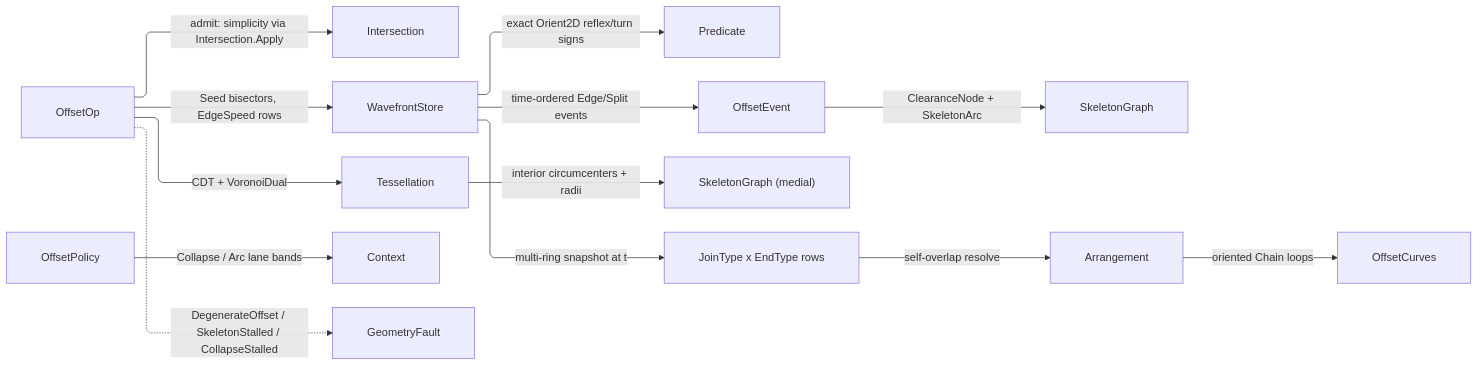
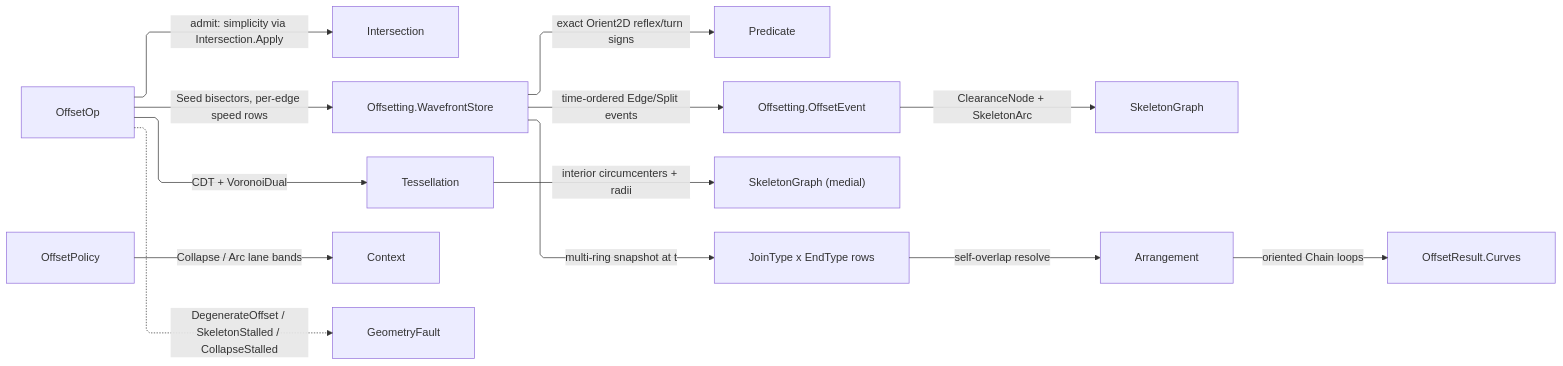
The diagram in libs/dotnet/Rasm/.planning/Meshing/offset.md (bsamiee/Rasm), drawn with Mermaid before and after one commit. The commit also changed other lines of this file and 55 other files, not shown here.

````diff
--- a/libs/dotnet/Rasm/.planning/Meshing/offset.md
+++ b/libs/dotnet/Rasm/.planning/Meshing/offset.md
@@ -684,24 +684,24 @@
 ```mermaid
 ---
 config:
   layout: elk
   flowchart:
     curve: linear
     padding: 25
 ---
 flowchart LR
     accTitle: Offset wavefront flow
     accDescr: Rings flow through admission, the wavefront event queue, and join and cap generators into offset curves, skeleton, medial, and clearance results.
     OffsetOp -->|admit: simplicity via Intersection.Apply| Intersection
-    OffsetOp -->|Seed bisectors, EdgeSpeed rows| WavefrontStore
-    WavefrontStore -->|exact Orient2D reflex/turn signs| Predicate
-    WavefrontStore -->|time-ordered Edge/Split events| OffsetEvent
+    OffsetOp -->|Seed bisectors, per-edge speed rows| WavefrontStore
+    WavefrontStore["Offsetting.WavefrontStore"] -->|exact Orient2D reflex/turn signs| Predicate
+    WavefrontStore -->|time-ordered Edge/Split events| OffsetEvent["Offsetting.OffsetEvent"]
     OffsetEvent -->|ClearanceNode + SkeletonArc| SkeletonGraph
     OffsetOp -->|CDT + VoronoiDual| Tessellation
     Tessellation -->|interior circumcenters + radii| Medial["SkeletonGraph (medial)"]
     WavefrontStore -->|multi-ring snapshot at t| Dressing["JoinType x EndType rows"]
     Dressing -->|self-overlap resolve| Arrangement
-    Arrangement -->|oriented Chain loops| OffsetCurves
+    Arrangement -->|oriented Chain loops| Curves["OffsetResult.Curves"]
     OffsetPolicy -->|Collapse / Arc lane bands| Context
     OffsetOp -.->|DegenerateOffset / SkeletonStalled / CollapseStalled| GeometryFault
 ```
````
